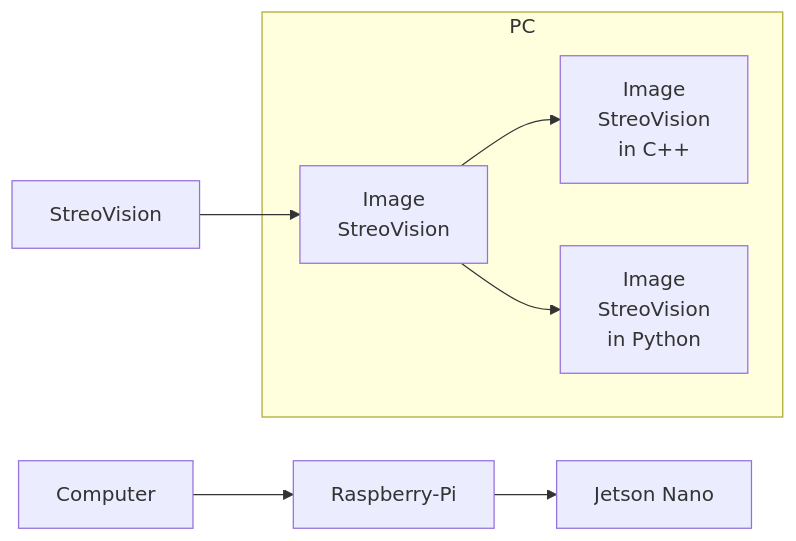
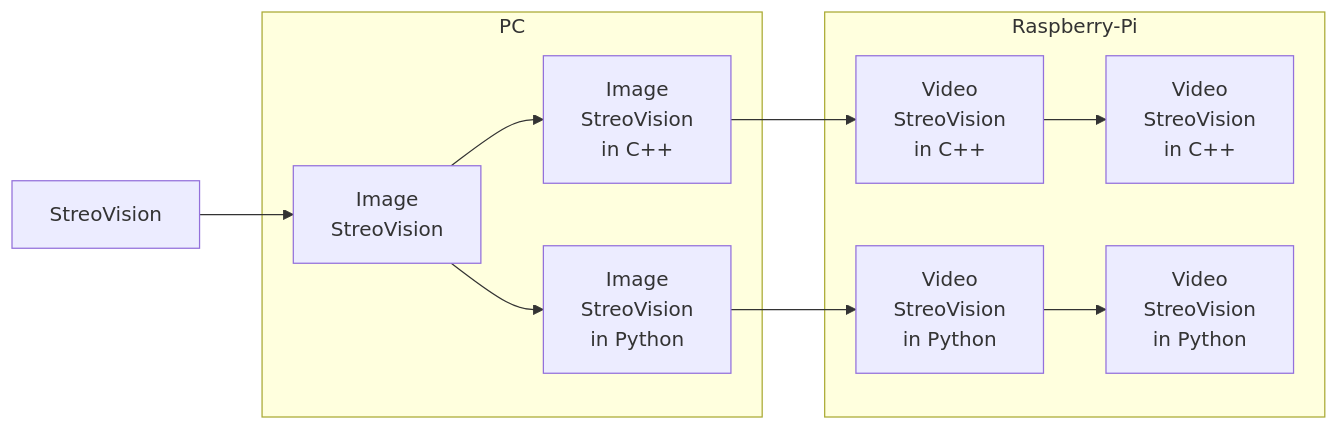
Before and after one commit to SagiK-Repository/StereoVision: the diagram in README.md, drawn with Mermaid.

Commit message:
Edit Explain mermaid

````diff
--- a/README.md
+++ b/README.md
@@ -9,11 +9,26 @@
 ```mermaid
 flowchart LR
+
 subgraph G_1 ["PC"]
-A_1
-B_1
-C_1
+A_1["Image<br>StreoVision"]
+B_1["Image<br>StreoVision<br> in C++"]
+C_1["Image<br>StreoVision<br> in Python"]
 end
-A_0["StreoVision"]-->A_1["Image<br>StreoVision"]-->B_1["Image<br>StreoVision<br> in C++"]
-A_1-->C_1["Image<br>StreoVision<br> in Python"]
-A_2["Computer"]-->A_3["Raspberry-Pi"]-->A_4["Jetson Nano"]
+
+subgraph G_2 ["Raspberry-Pi"]
+B_2["Video<br>StreoVision<br> in C++"]
+C_2["Video<br>StreoVision<br> in Python"]
+end
+
+subgraph G_2 ["Jetson Nano"]
+B_3["Video<br>StreoVision<br> in C++"]
+C_3["Video<br>StreoVision<br> in Python"]
+end
+
+
+A_0["StreoVision"]-->A_1-->B_1 & C_1
+B_1 --> B_2 --> B_3
+C_1 --> C_2 --> C_3
+
+
 ```
````
